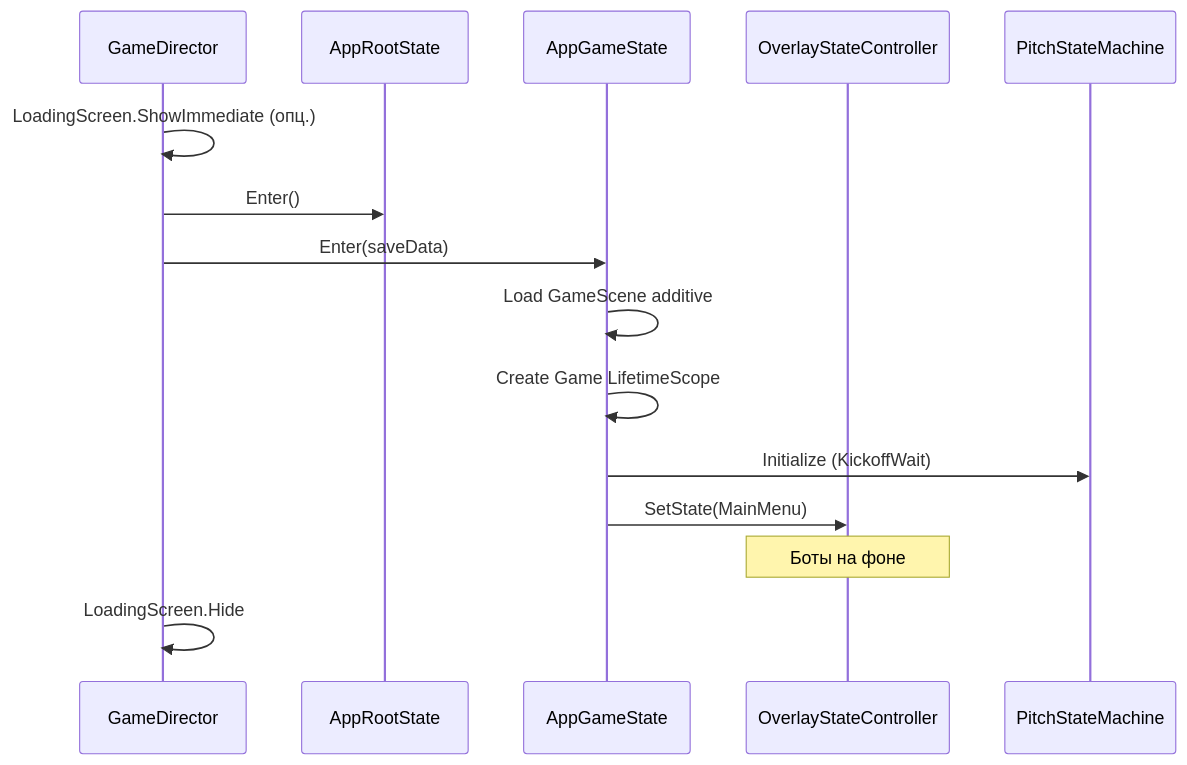
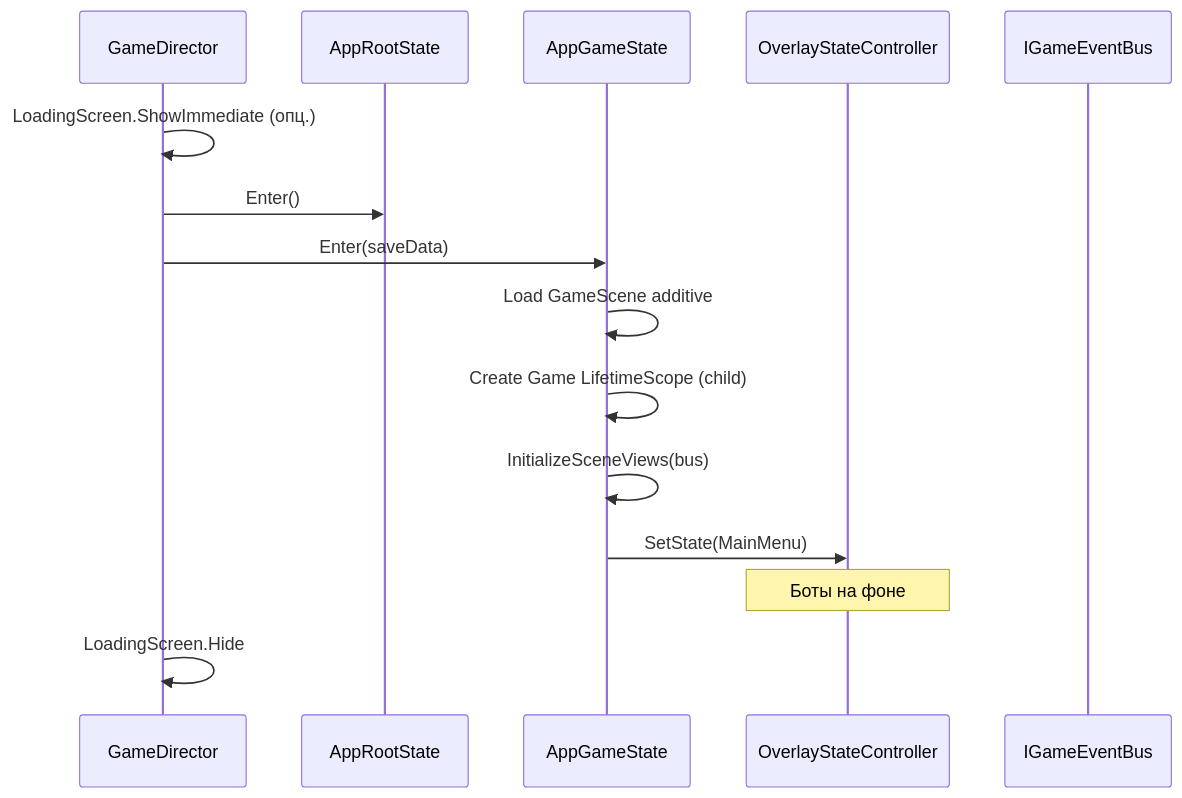
Before and after one commit to DeployChef/Futboloid: the diagram in Wiki/FutboloidWiki/Архитектура/GameDirector.md, drawn with Mermaid. The commit also changed other lines of this file and 74 other files, not shown here.

````diff
--- a/Wiki/FutboloidWiki/Архитектура/GameDirector.md
+++ b/Wiki/FutboloidWiki/Архитектура/GameDirector.md
@@ -31,18 +31,18 @@
 ```mermaid
 sequenceDiagram
     participant D as GameDirector
     participant R as AppRootState
     participant G as AppGameState
     participant O as OverlayStateController
-    participant P as PitchStateMachine
+    participant B as IGameEventBus
 
     D->>D: LoadingScreen.ShowImmediate (опц.)
     D->>R: Enter()
     D->>G: Enter(saveData)
     G->>G: Load GameScene additive
-    G->>G: Create Game LifetimeScope
-    G->>P: Initialize (KickoffWait)
+    G->>G: Create Game LifetimeScope (child)
+    G->>G: InitializeSceneViews(bus)
     G->>O: SetState(MainMenu)
     Note over O: Боты на фоне
     D->>D: LoadingScreen.Hide
 ```
````
